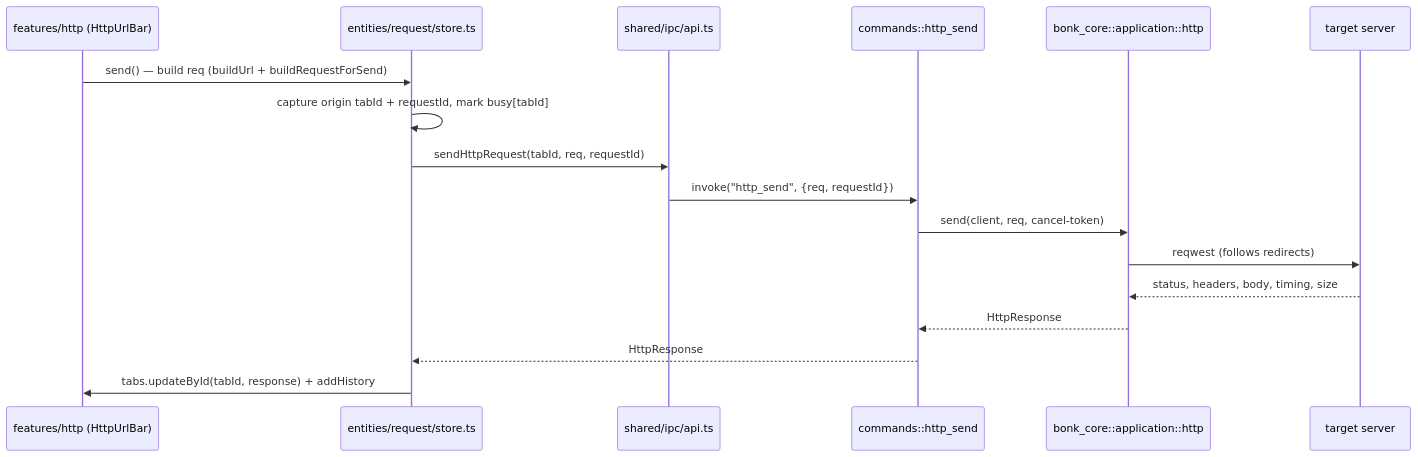
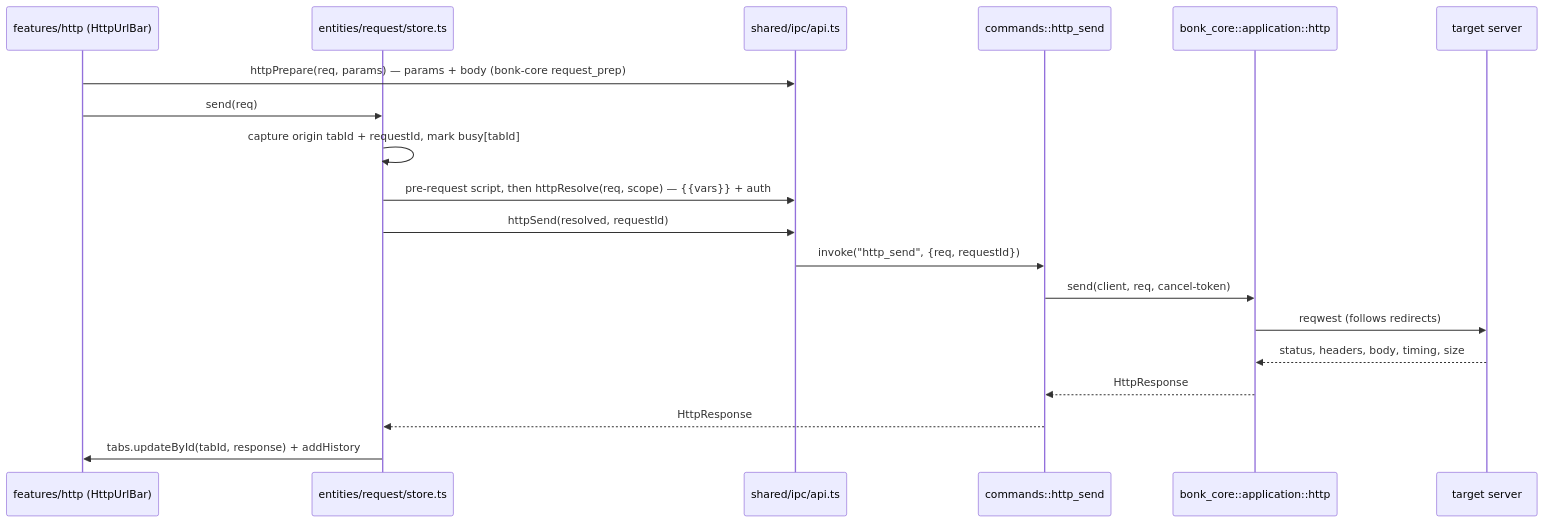
One commit to nekidaz/.bonk changed the diagram in ARCHITECTURE.md. Above: the diagram before and after it, drawn with Mermaid. The commit also changed other lines of this file and 20 other files, not shown here.

First line of the commit message:
refactor(core): one request preparation for the app and bonk-mcp

````diff
--- a/ARCHITECTURE.md
+++ b/ARCHITECTURE.md
@@ -101,20 +104,22 @@
 ```mermaid
 sequenceDiagram
     participant UI as features/http (HttpUrlBar)
     participant S as entities/request/store.ts
     participant API as shared/ipc/api.ts
     participant CMD as commands::http_send
     participant CORE as bonk_core::application::http
     participant NET as target server
 
-    UI->>S: send() — build req (buildUrl + buildRequestForSend)
+    UI->>API: httpPrepare(req, params) — params + body (bonk-core request_prep)
+    UI->>S: send(req)
     S->>S: capture origin tabId + requestId, mark busy[tabId]
-    S->>API: sendHttpRequest(tabId, req, requestId)
+    S->>API: pre-request script, then httpResolve(req, scope) — {{vars}} + auth
+    S->>API: httpSend(resolved, requestId)
     API->>CMD: invoke("http_send", {req, requestId})
     CMD->>CORE: send(client, req, cancel-token)
     CORE->>NET: reqwest (follows redirects)
     NET-->>CORE: status, headers, body, timing, size
     CORE-->>CMD: HttpResponse
     CMD-->>S: HttpResponse
     S->>UI: tabs.updateById(tabId, response) + addHistory
 ```
````
